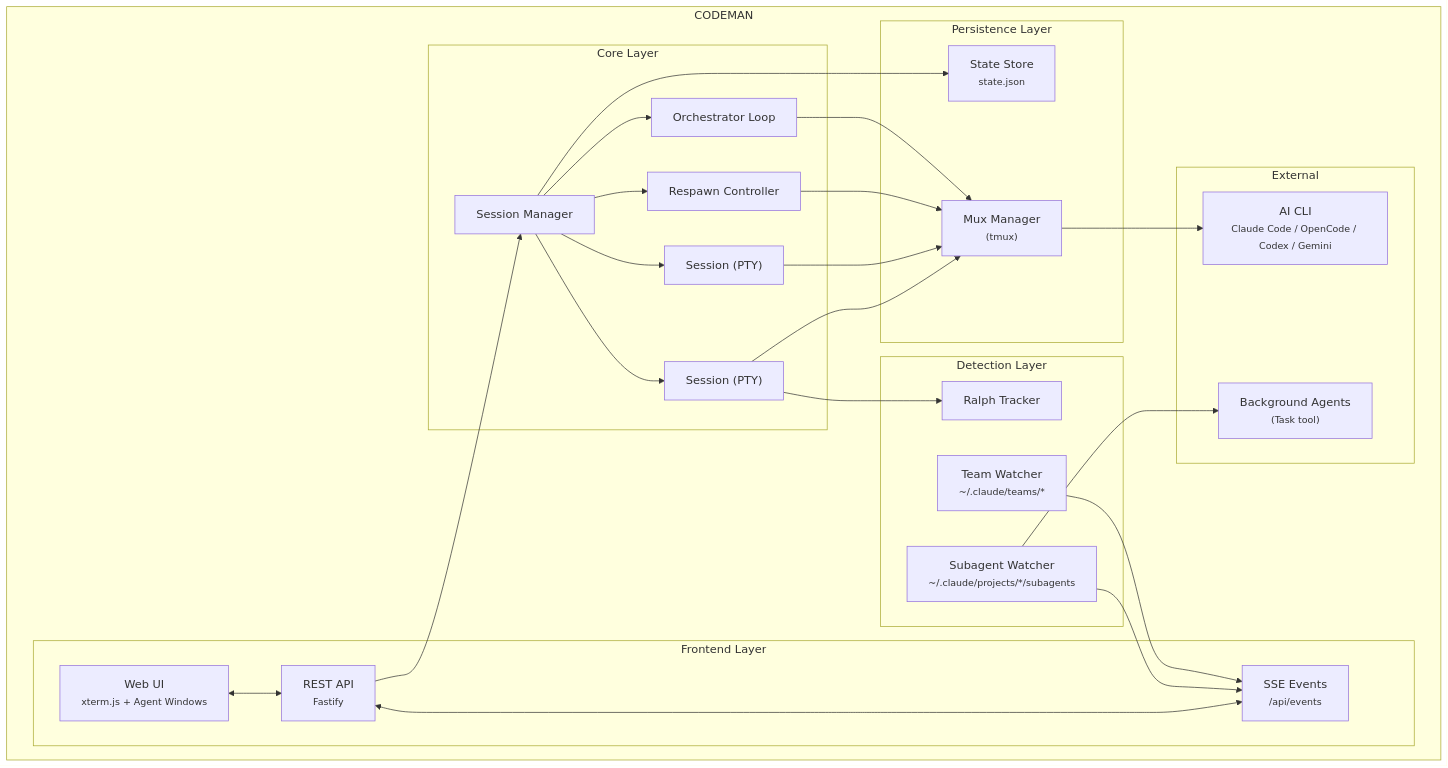
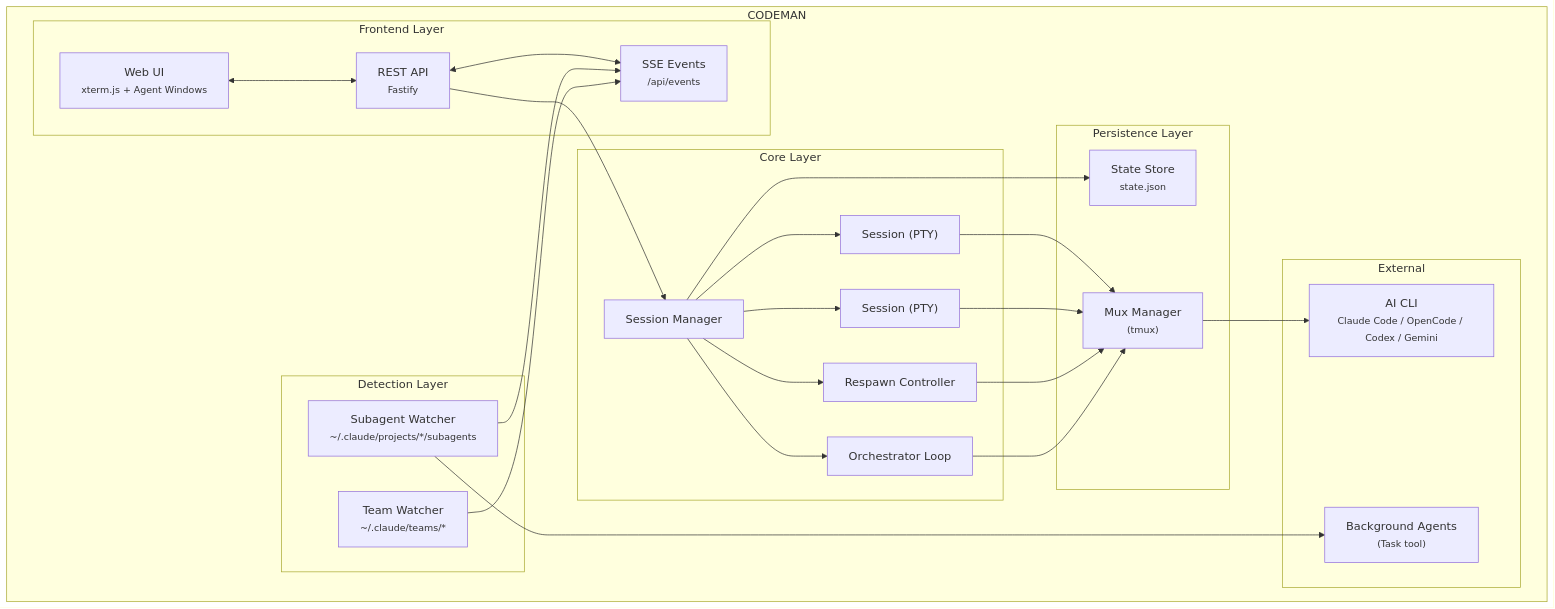
Before and after one commit to Ark0N/Claudeman: the diagram in README.md, drawn with Mermaid. The commit also changed other lines of this file and 5 other files, not shown here.

````diff
--- a/README.md
+++ b/README.md
@@ -838,52 +830,50 @@
 ```mermaid
 flowchart TB
     subgraph Codeman["CODEMAN"]
         subgraph Frontend["Frontend Layer"]
             UI["Web UI<br/><small>xterm.js + Agent Windows</small>"]
             API["REST API<br/><small>Fastify</small>"]
             SSE["SSE Events<br/><small>/api/events</small>"]
         end
 
         subgraph Core["Core Layer"]
             SM["Session Manager"]
             S1["Session (PTY)"]
             S2["Session (PTY)"]
             RC["Respawn Controller"]
             ORC["Orchestrator Loop"]
         end
 
         subgraph Detection["Detection Layer"]
-            RT["Ralph Tracker"]
             SW["Subagent Watcher<br/><small>~/.claude/projects/*/subagents</small>"]
             TW["Team Watcher<br/><small>~/.claude/teams/*</small>"]
         end
 
         subgraph Persistence["Persistence Layer"]
             SCR["Mux Manager<br/><small>(tmux)</small>"]
             SS["State Store<br/><small>state.json</small>"]
         end
 
         subgraph External["External"]
             CLI["AI CLI<br/><small>Claude Code / OpenCode / Codex / Gemini</small>"]
             BG["Background Agents<br/><small>(Task tool)</small>"]
         end
     end
 
     UI <--> API
     API <--> SSE
     API --> SM
     SM --> S1
     SM --> S2
     SM --> RC
     SM --> ORC
     SM --> SS
-    S1 --> RT
     S1 --> SCR
     S2 --> SCR
     RC --> SCR
     ORC --> SCR
     SCR --> CLI
     SW --> BG
     SW --> SSE
     TW --> SSE
 ```
````
